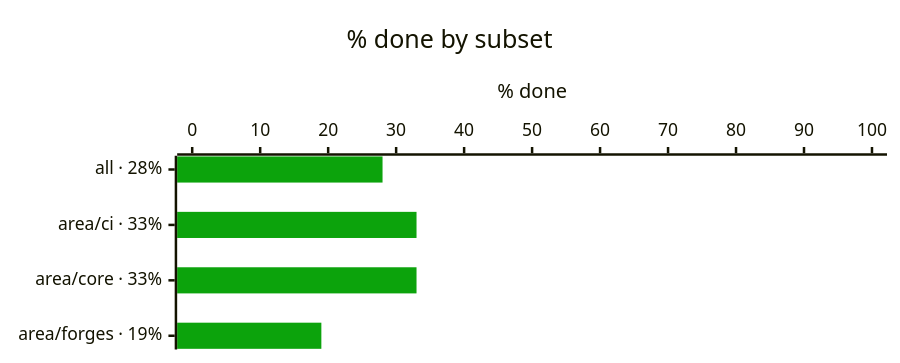
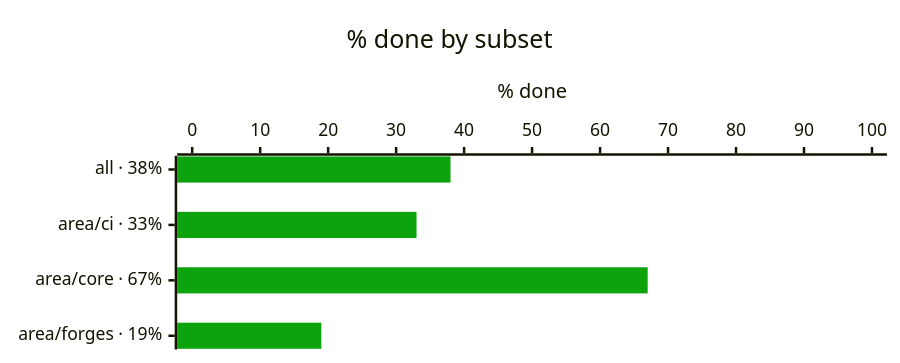
The first of 4 diagrams in progress/README.md (bvraghav/pmtrack), drawn with Mermaid before and after one commit. The commit also changed other lines of this file and 5 other files, not shown here.

````diff
--- a/progress/README.md
+++ b/progress/README.md
@@ -5,8 +5,8 @@
 ```mermaid
 %%{init: {"themeVariables": {"xyChart": {"plotColorPalette": "#0ca30c"}}, "xyChart": {"height": 270}}}%%
 xychart-beta horizontal
   title "% done by subset"
-  x-axis ["all · 28%", "area/ci · 33%", "area/core · 33%", "area/forges · 19%"]
+  x-axis ["all · 38%", "area/ci · 33%", "area/core · 67%", "area/forges · 19%"]
   y-axis "% done" 0 --> 100
-  bar [28, 33, 33, 19]
+  bar [38, 33, 67, 19]
 ```
````
